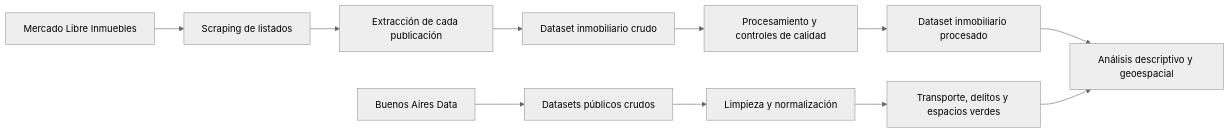
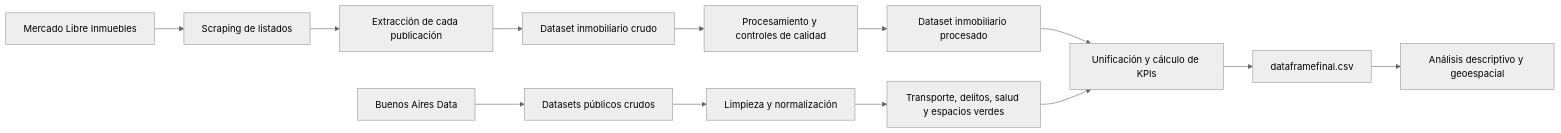
Before and after one commit to FrancisconiMorel/TP-Analisis-Descriptivo-Inmobiliario-CABA: the diagram in README.md, drawn with Mermaid (neutral theme). The commit also changed other lines of this file, not shown here.

Commit message:
Actualizo README con la unificación y la limpieza de hospitales

````diff
--- a/README.md
+++ b/README.md
@@ -36,15 +36,17 @@
 ```mermaid
 flowchart LR
     A[Mercado Libre Inmuebles] --> B[Scraping de listados]
     B --> C[Extracción de cada publicación]
     C --> D[Dataset inmobiliario crudo]
     D --> E[Procesamiento y controles de calidad]
 
     F[Buenos Aires Data] --> G[Datasets públicos crudos]
     G --> H[Limpieza y normalización]
 
     E --> I[Dataset inmobiliario procesado]
-    H --> J[Transporte, delitos y espacios verdes]
-    I --> K[Análisis descriptivo y geoespacial]
-    J --> K
+    H --> J[Transporte, delitos, salud y espacios verdes]
+    I --> U[Unificación y cálculo de KPIs]
+    J --> U
+    U --> V[dataframefinal.csv]
+    V --> K[Análisis descriptivo y geoespacial]
 ```
````
